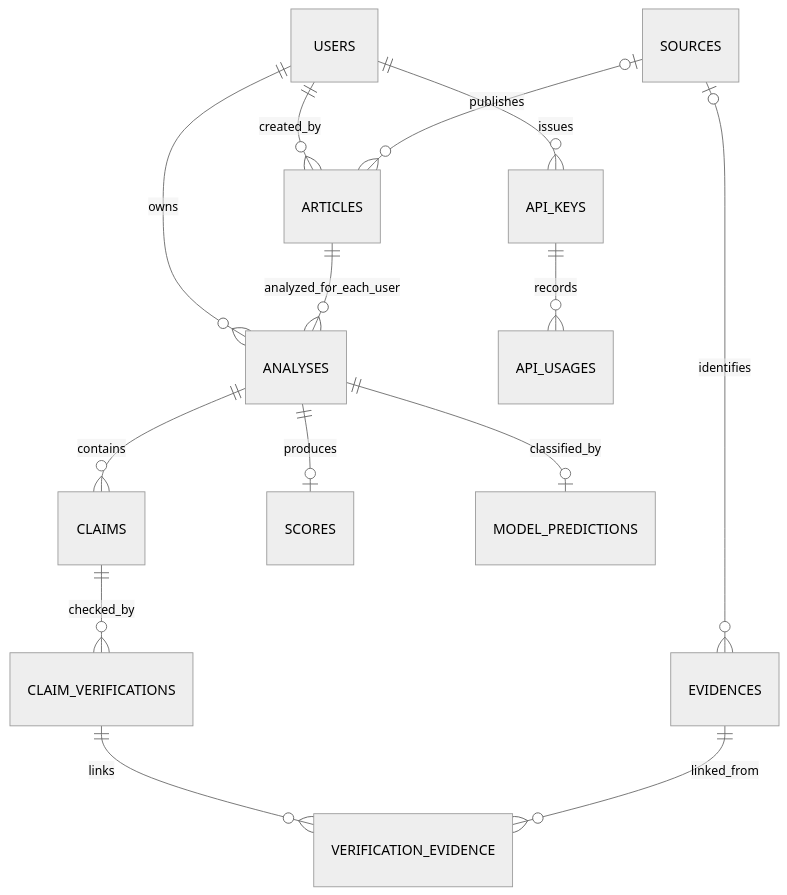
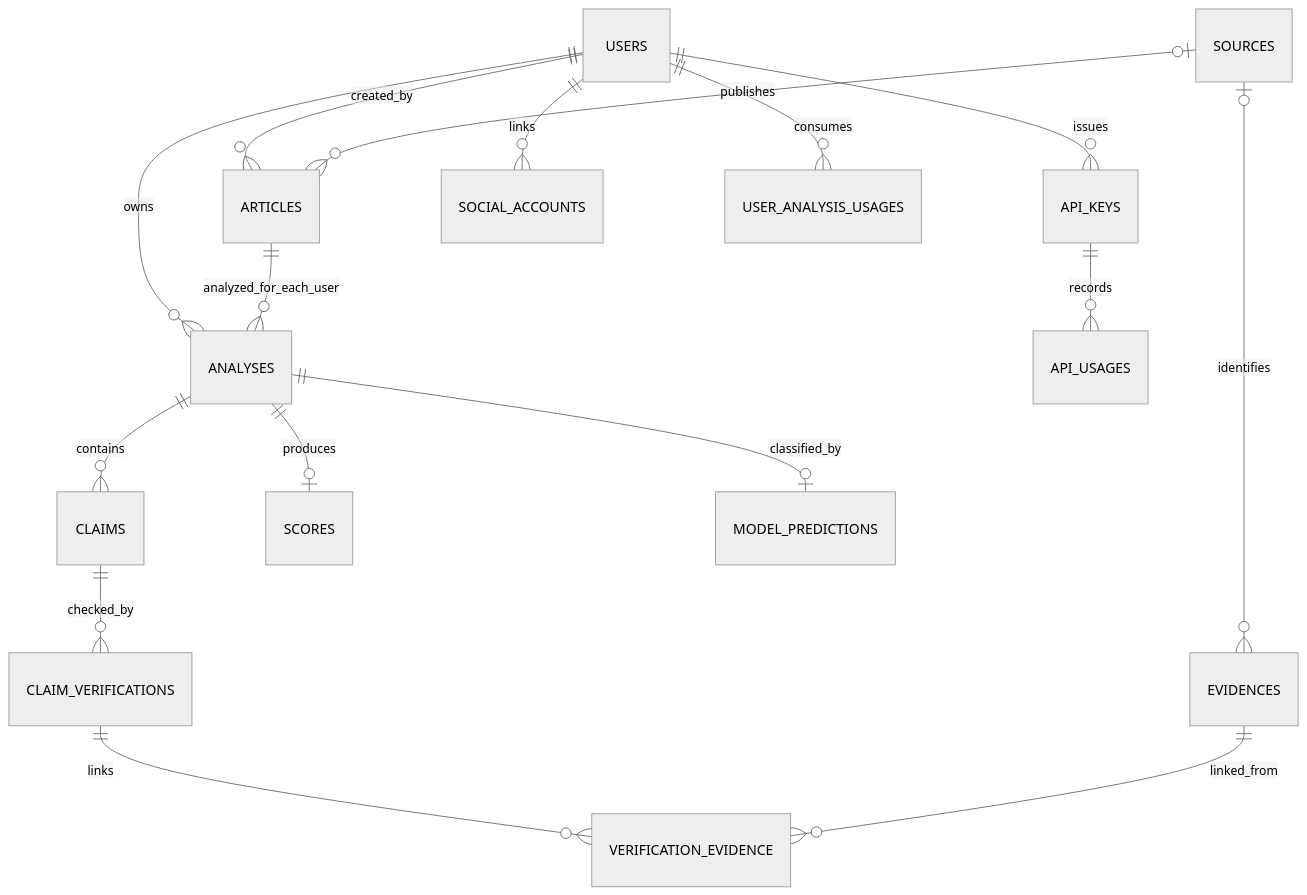
Before and after one commit to JhayDarko/backend: the second of 2 diagrams in PROJECT_CONTEXT.md, drawn with Mermaid (neutral theme). The commit also changed other lines of this file and 3 other files, not shown here.

````diff
--- a/PROJECT_CONTEXT.md
+++ b/PROJECT_CONTEXT.md
@@ -407,16 +420,18 @@
 ```mermaid
 erDiagram
   USERS ||--o{ ARTICLES : created_by
   USERS ||--o{ ANALYSES : owns
   USERS ||--o{ API_KEYS : issues
+  USERS ||--o{ SOCIAL_ACCOUNTS : links
+  USERS ||--o{ USER_ANALYSIS_USAGES : consumes
   SOURCES o|--o{ ARTICLES : publishes
   SOURCES o|--o{ EVIDENCES : identifies
   ARTICLES ||--o{ ANALYSES : analyzed_for_each_user
   ANALYSES ||--o{ CLAIMS : contains
   ANALYSES ||--o| SCORES : produces
   ANALYSES ||--o| MODEL_PREDICTIONS : classified_by
   CLAIMS ||--o{ CLAIM_VERIFICATIONS : checked_by
   CLAIM_VERIFICATIONS ||--o{ VERIFICATION_EVIDENCE : links
   EVIDENCES ||--o{ VERIFICATION_EVIDENCE : linked_from
   API_KEYS ||--o{ API_USAGES : records
 ```
````
